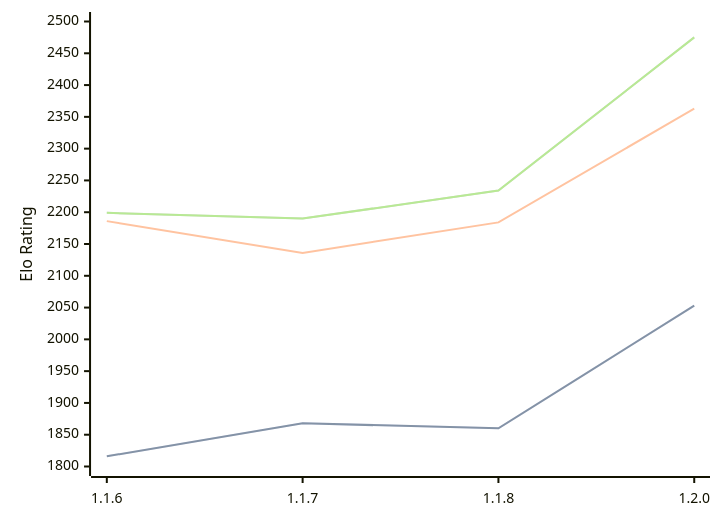
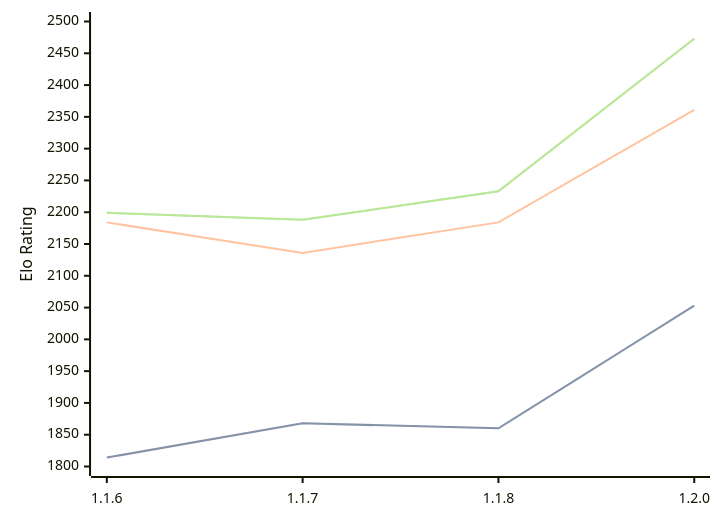
Before and after one commit to computer-chess-index/cci: the diagram in engines/Soomi.md, drawn with Mermaid. The commit also changed other lines of this file, not shown here.

Commit message:
Update CCI Ratings (ELO VLTC) - 2026-04-20

````diff
--- a/engines/Soomi.md
+++ b/engines/Soomi.md
@@ -34,11 +34,11 @@
 ```mermaid
 %%{init: {"theme":"base","themeVariables":{"seriesColors:['#a3a3a3','#222221','#faa371']}}}%%
 xychart-beta
   x-axis ["1.1.6", "1.1.7", "1.1.8", "1.2.0"]
   y-axis "Elo Rating" 1800 --> 2500
-  line "STC (8.0+0.08s)" [1816, 1868, 1860, 2053]
-  line "STC (8.0+0.08s)" [1816, 1868, 1860, 2053]
-  line "LTC (60.0+0.60s)" [2186, 2136, 2184, 2363]
-  line "VLTC (2m24s+1.12s)" [2199, 2190, 2234, 2475]
-  line "VLTC (2m24s+1.12s)" [2199, 2190, 2234, 2475]
+  line "STC (8.0+0.08s)" [1814, 1868, 1860, 2053]
+  line "STC (8.0+0.08s)" [1814, 1868, 1860, 2053]
+  line "LTC (60.0+0.60s)" [2184, 2136, 2184, 2361]
+  line "VLTC (2m24s+1.12s)" [2199, 2188, 2233, 2473]
+  line "VLTC (2m24s+1.12s)" [2199, 2188, 2233, 2473]
 ```
````
